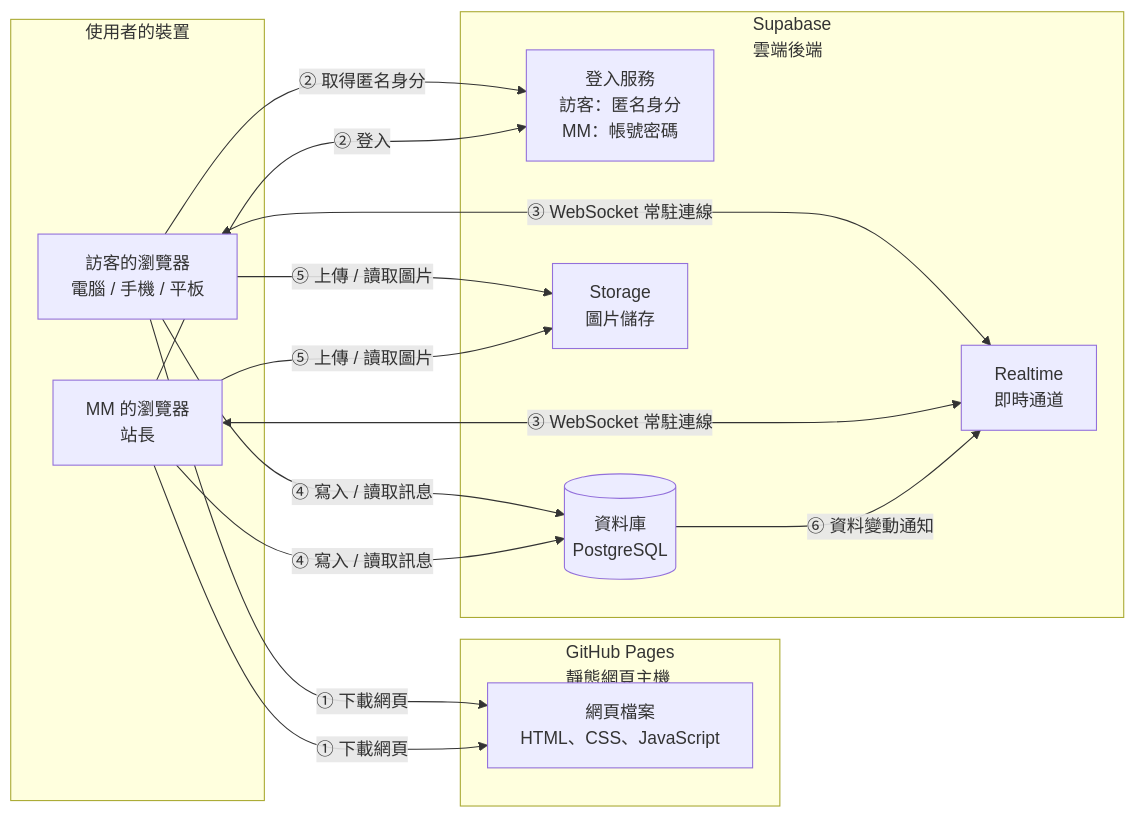
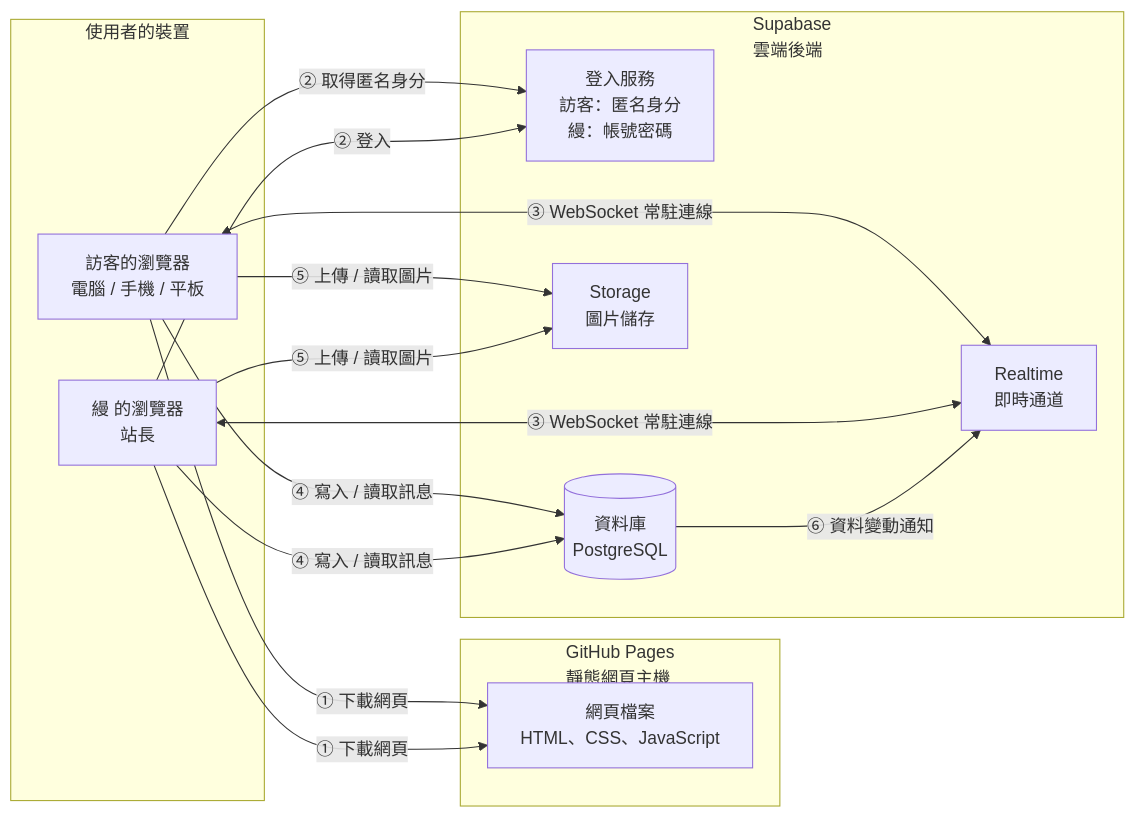
Before and after one commit to 411332043git/ch3hw: the first of 14 diagrams in docs/architecture.md, drawn with Mermaid. The commit also changed other lines of this file and 2 other files, not shown here.

Commit message:
Update architecture to match design: voice, announcements, pinning, file expiry, desktop layout, avatars

````diff
--- a/docs/architecture.md
+++ b/docs/architecture.md
@@ -150,30 +152,30 @@
 ```mermaid
 flowchart LR
     subgraph U["使用者的裝置"]
         V["訪客的瀏覽器<br/>電腦 / 手機 / 平板"]
-        M["MM 的瀏覽器<br/>站長"]
+        M["縵 的瀏覽器<br/>站長"]
     end
 
     subgraph GH["GitHub Pages<br/>靜態網頁主機"]
         F["網頁檔案<br/>HTML、CSS、JavaScript"]
     end
 
     subgraph SB["Supabase<br/>雲端後端"]
-        AU["登入服務<br/>訪客：匿名身分<br/>MM：帳號密碼"]
+        AU["登入服務<br/>訪客：匿名身分<br/>縵：帳號密碼"]
         RT["Realtime<br/>即時通道"]
         DB[("資料庫<br/>PostgreSQL")]
         ST["Storage<br/>圖片儲存"]
     end
 
     V -->|"① 下載網頁"| F
     M -->|"① 下載網頁"| F
     V -->|"② 取得匿名身分"| AU
     M -->|"② 登入"| AU
     V <-->|"③ WebSocket 常駐連線"| RT
     M <-->|"③ WebSocket 常駐連線"| RT
     V -->|"④ 寫入 / 讀取訊息"| DB
     M -->|"④ 寫入 / 讀取訊息"| DB
     V -->|"⑤ 上傳 / 讀取圖片"| ST
     M -->|"⑤ 上傳 / 讀取圖片"| ST
     DB -->|"⑥ 資料變動通知"| RT
 ```
````
